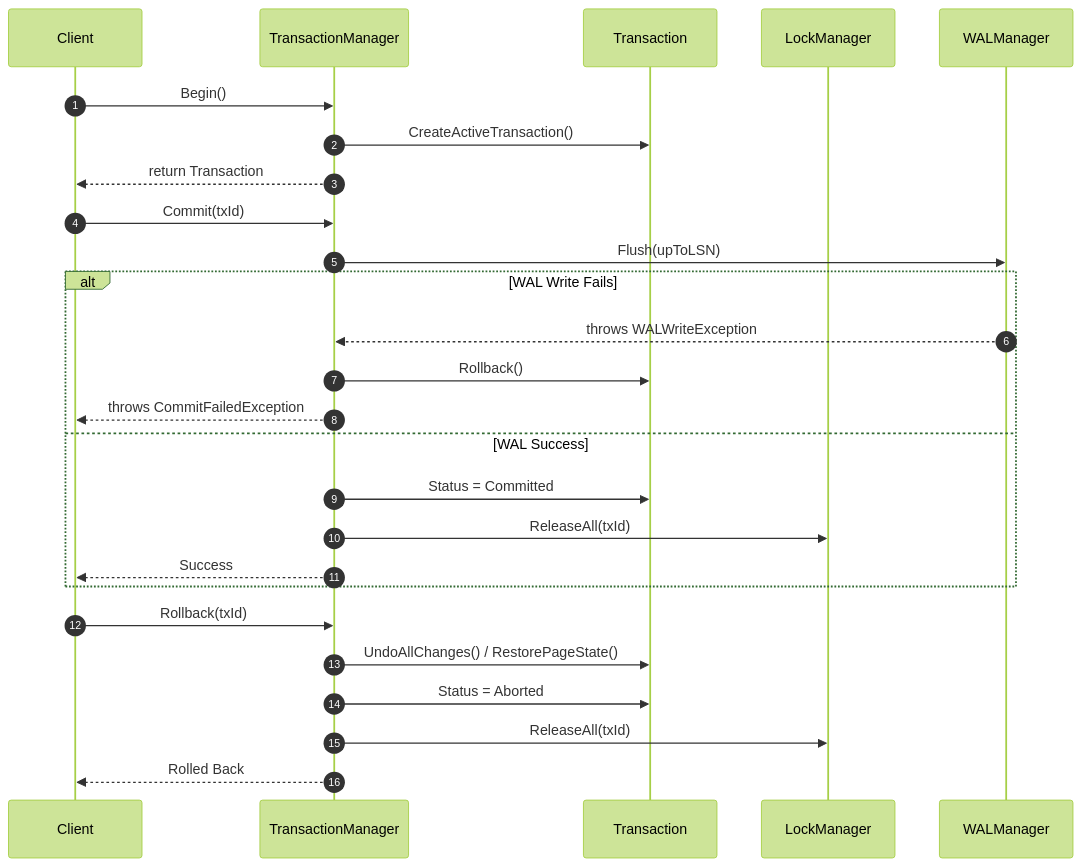
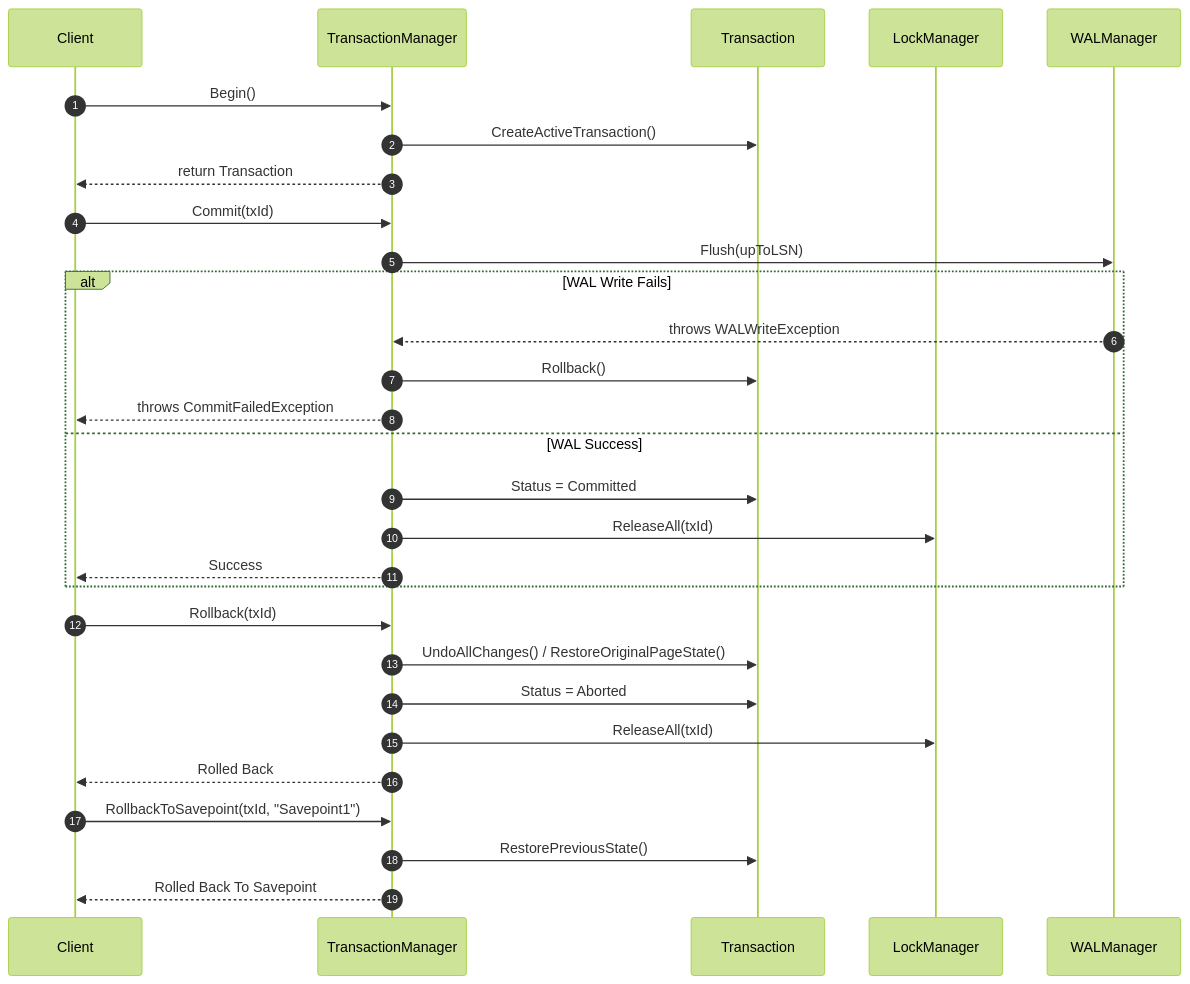
One commit to Hagiakhanh/bbv-dbms changed diagram 32 of 51 in docs/sequence-diagrams/README.md. Above: the diagram before and after it, drawn with Mermaid (forest theme). The commit also changed other lines of this file and 4 other files, not shown here.

````diff
--- a/docs/sequence-diagrams/README.md
+++ b/docs/sequence-diagrams/README.md
@@ -630,34 +1103,39 @@
 ```mermaid
 sequenceDiagram
     autonumber
     participant Client
     participant TxMgr as TransactionManager
     participant Tx as Transaction
     participant LockMgr as LockManager
     participant WAL as WALManager
     
     %% Begin
     Client->>TxMgr: Begin()
     TxMgr->>Tx: CreateActiveTransaction()
     TxMgr-->>Client: return Transaction
     
     %% Commit
     Client->>TxMgr: Commit(txId)
     TxMgr->>WAL: Flush(upToLSN)
     alt WAL Write Fails
         WAL-->>TxMgr: throws WALWriteException
         TxMgr->>Tx: Rollback()
         TxMgr-->>Client: throws CommitFailedException
     else WAL Success
         TxMgr->>Tx: Status = Committed
         TxMgr->>LockMgr: ReleaseAll(txId)
         TxMgr-->>Client: Success
     end
     
     %% Rollback
     Client->>TxMgr: Rollback(txId)
-    TxMgr->>Tx: UndoAllChanges() / RestorePageState()
+    TxMgr->>Tx: UndoAllChanges() / RestoreOriginalPageState()
     TxMgr->>Tx: Status = Aborted
     TxMgr->>LockMgr: ReleaseAll(txId)
     TxMgr-->>Client: Rolled Back
+    
+    %% RollbackToSavepoint
+    Client->>TxMgr: RollbackToSavepoint(txId, "Savepoint1")
+    TxMgr->>Tx: RestorePreviousState()
+    TxMgr-->>Client: Rolled Back To Savepoint
 ```
````
